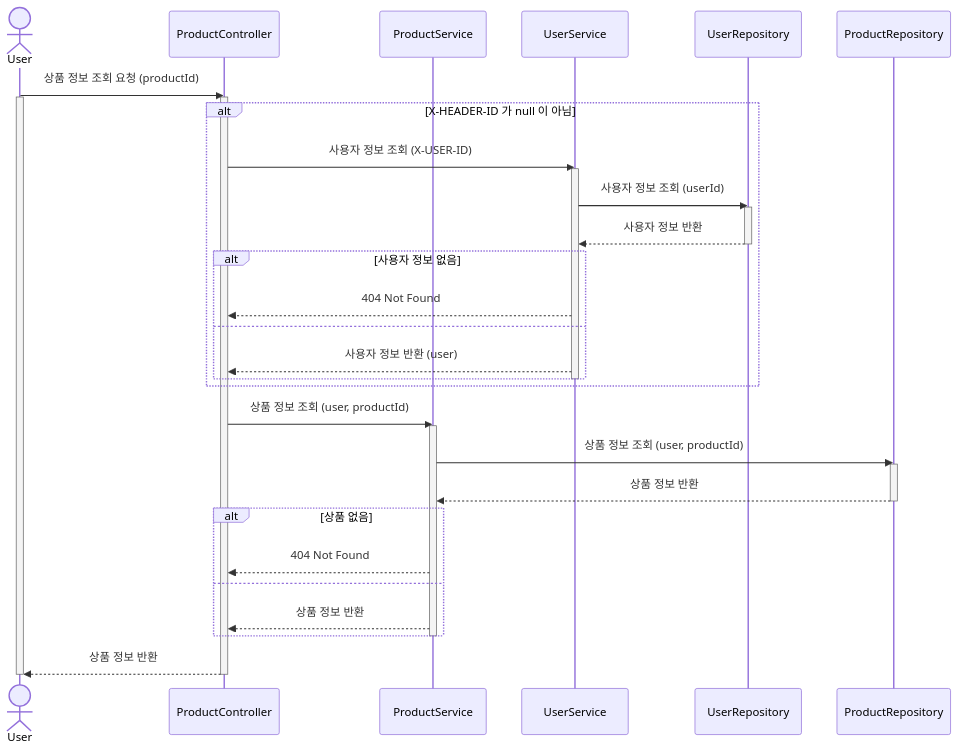
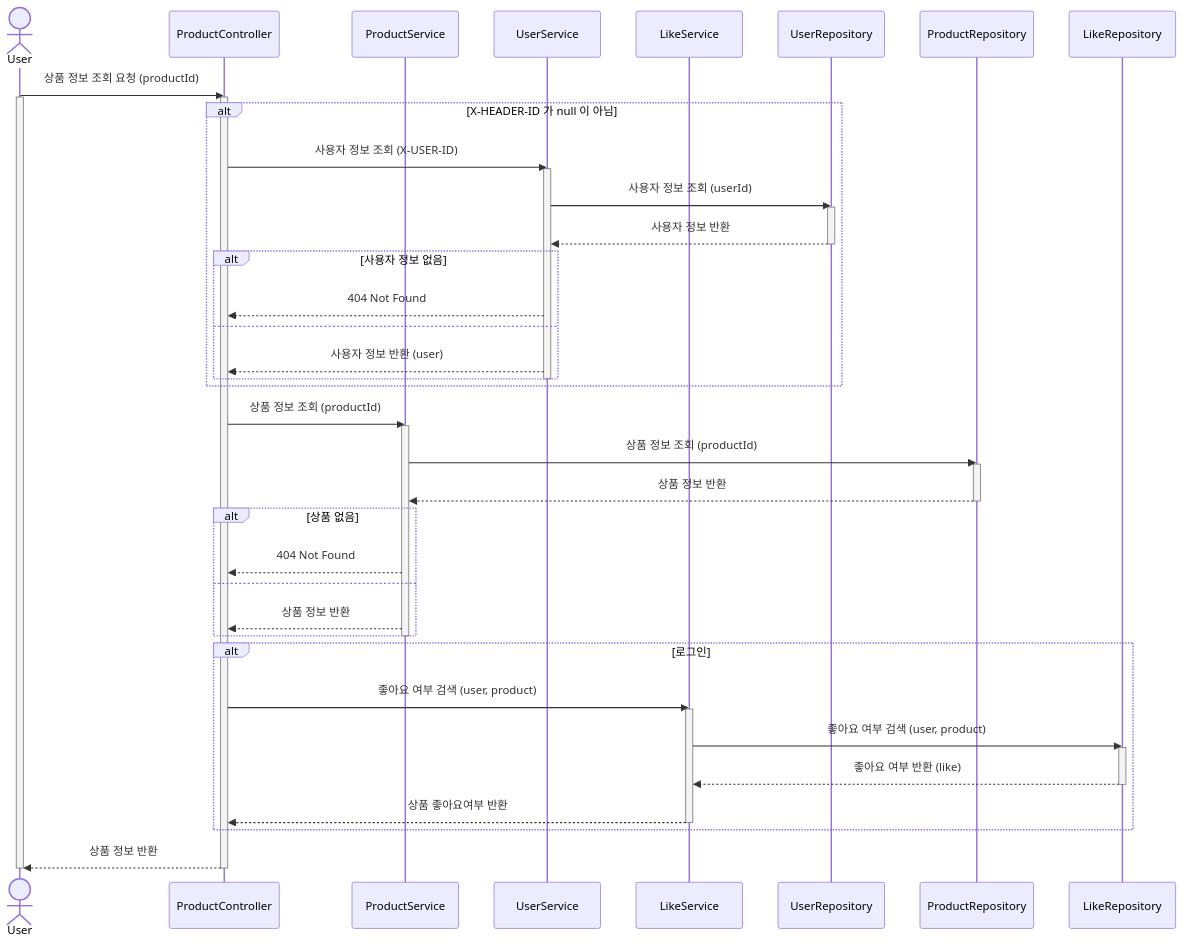
One commit to soyeonnnb/loopers-java-template changed the third of 12 diagrams in docs/design/02-sequence-diagrams.md. Above: the diagram before and after it, drawn with Mermaid. The commit also changed other lines of this file and 1 other file, not shown here.

Commit message:
docs: 시퀀스 다이어그램/클래스 다이어그램 수정

````diff
--- a/docs/design/02-sequence-diagrams.md
+++ b/docs/design/02-sequence-diagrams.md
@@ -93,42 +110,54 @@
 ```mermaid
 sequenceDiagram
 	actor U as User
 	participant PC as ProductController
 	participant PS as ProductService
 	participant US as UserService
+	participant LS as LikeService
 	participant UR as UserRepository
 	participant PR as ProductRepository
+	participant LR as LikeRepository
 
 	U ->> PC: 상품 정보 조회 요청 (productId)
 	activate U
 		activate PC
 			alt X-HEADER-ID 가 null 이 아님
 				PC ->> US: 사용자 정보 조회 (X-USER-ID)
 				activate US
 					US ->> UR: 사용자 정보 조회 (userId)
 					activate UR
 						UR -->> US: 사용자 정보 반환
 					deactivate UR
 					alt 사용자 정보 없음
 						US -->> PC: 404 Not Found
 					else
 						US -->> PC: 사용자 정보 반환 (user)
 					end
 				deactivate US
 			end
-			PC ->> PS: 상품 정보 조회 (user, productId)
+			PC ->> PS: 상품 정보 조회 (productId)
 			activate PS
-				PS ->> PR: 상품 정보 조회 (user, productId)
+				PS ->> PR: 상품 정보 조회 (productId)
 				activate PR
 					PR -->> PS: 상품 정보 반환
 				deactivate PR
 				alt 상품 없음
 					PS -->> PC: 404 Not Found
 				else
 					PS-->> PC: 상품 정보 반환
 				end
 			deactivate PS
+			alt 로그인
+				PC ->> LS: 좋아요 여부 검색 (user, product)
+				activate LS
+					LS ->> LR: 좋아요 여부 검색 (user, product)
+					activate LR
+						LR -->> LS: 좋아요 여부 반환 (like)
+					deactivate LR
+					LS -->> PC: 상품 좋아요여부 반환
+				deactivate LS
+			end
 			PC -->> U: 상품 정보 반환
 		deactivate PC
 	deactivate U
 ```
````
